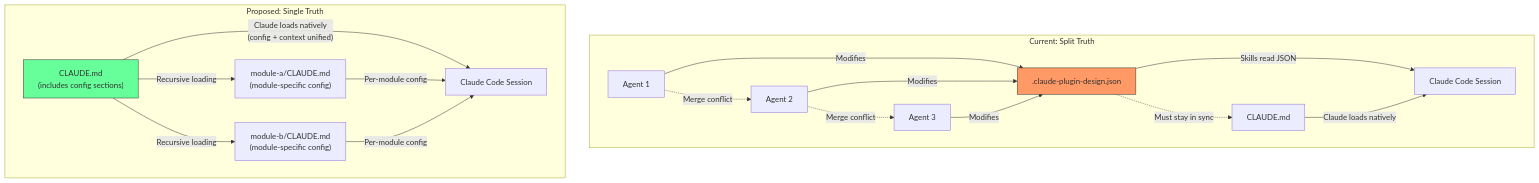
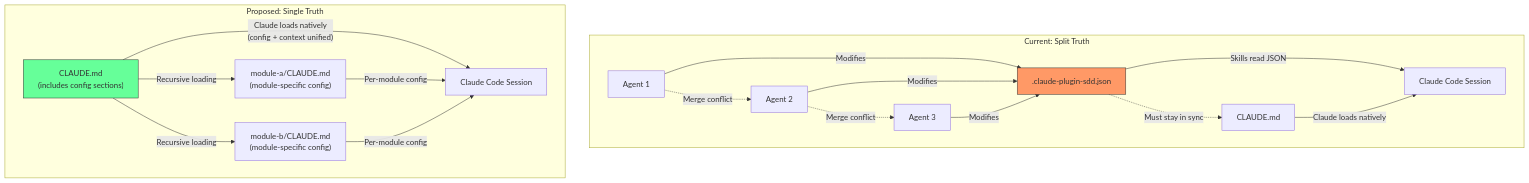
The diagram in docs/adrs/ADR-0015-markdown-native-configuration.md (joestump/claude-plugin-sdd), drawn with Mermaid before and after one commit. The commit also changed other lines of this file and 106 other files, not shown here.

First line of the commit message:
Rename plugin from design to sdd (Spec-Driven Development)

````diff
--- a/docs/adrs/ADR-0015-markdown-native-configuration.md
+++ b/docs/adrs/ADR-0015-markdown-native-configuration.md
@@ -114,31 +114,31 @@
 ```mermaid
 flowchart TD
     subgraph "Current: Split Truth"
-        A[".claude-plugin-design.json"]
+        A[".claude-plugin-sdd.json"]
         B["CLAUDE.md"]
         C["Claude Code Session"]
         A -->|"Skills read JSON"| C
         B -->|"Claude loads natively"| C
         A -.->|"Must stay in sync"| B
         D["Agent 1"] -->|"Modifies"| A
         E["Agent 2"] -->|"Modifies"| A
         F["Agent 3"] -->|"Modifies"| A
         D -.->|"Merge conflict"| E
         E -.->|"Merge conflict"| F
     end
 
     subgraph "Proposed: Single Truth"
         G["CLAUDE.md\n(includes config sections)"]
         H["Claude Code Session"]
         G -->|"Claude loads natively\n(config + context unified)"| H
         I["module-a/CLAUDE.md\n(module-specific config)"]
         J["module-b/CLAUDE.md\n(module-specific config)"]
         G -->|"Recursive loading"| I
         G -->|"Recursive loading"| J
         I -->|"Per-module config"| H
         J -->|"Per-module config"| H
     end
 
     style A fill:#f96,stroke:#333
     style G fill:#6f9,stroke:#333
 ```
````
